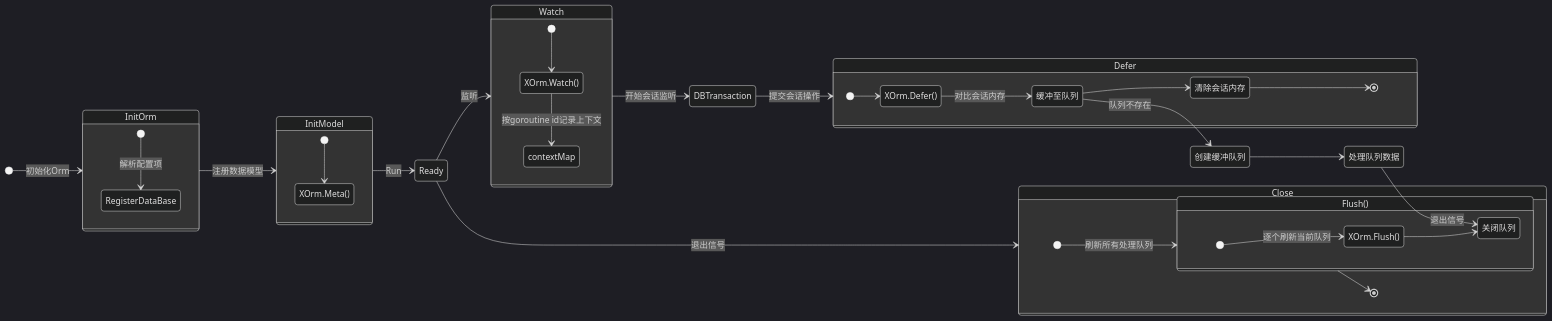
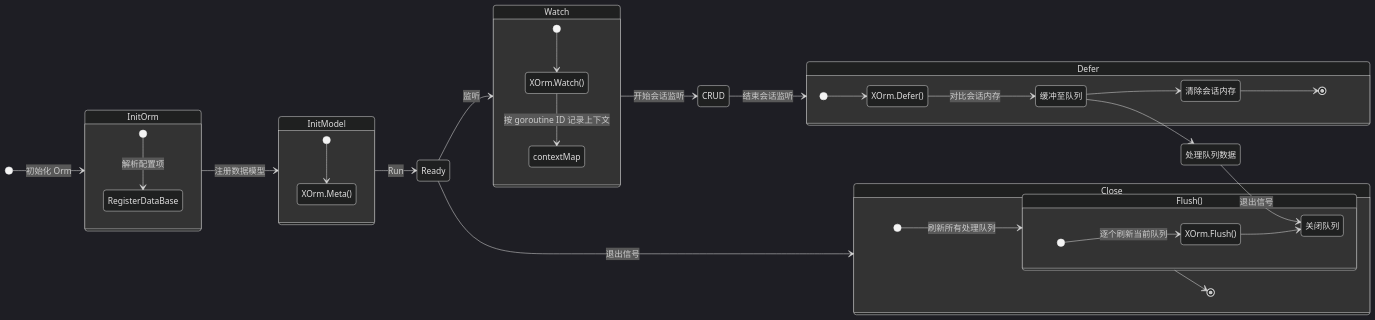
The diagram in XOrm/README.md (eframework-org/GO.CRUD), drawn with Mermaid (dark theme) before and after one commit. The commit also changed other lines of this file and 1 other file, not shown here.

Commit message:
docs: 更新 XOrm 模块文档

````diff
--- a/XOrm/README.md
+++ b/XOrm/README.md
@@ -323,45 +323,50 @@
 ```mermaid
 stateDiagram-v2
     direction LR
-    [*] --> InitOrm: 初始化Orm
+    [*] --> InitOrm: 初始化 Orm
     InitOrm --> InitModel: 注册数据模型
     InitModel --> Ready: Run
     Ready --> Watch: 监听
-    Watch --> DBTransaction: 开始会话监听
-    DBTransaction --> Defer: 提交会话操作
+    Watch --> CRUD: 开始会话监听
+    CRUD --> Defer: 结束会话监听
     Ready --> Close: 退出信号
 
     state InitOrm {
         direction TB
         [*] --> RegisterDataBase: 解析配置项
     }
+
     state InitModel {
         direction TB
         [*] --> XOrm.Meta()
     }
+
     state Watch {
         direction TB
         [*] --> XOrm.Watch()
-        XOrm.Watch() --> contextMap: 按goroutine id记录上下文
+        XOrm.Watch() --> contextMap: 按 goroutine ID 记录上下文
     }
+
     state Defer {
         direction TB
         [*] --> XOrm.Defer()
         XOrm.Defer() --> 缓冲至队列: 对比会话内存
         缓冲至队列 --> 清除会话内存
         清除会话内存 --> [*]
     }
+
+    state Flush(){
+        direction TB
+        [*] --> XOrm.Flush(): 逐个刷新当前队列
+        XOrm.Flush() --> 关闭队列
+    }
+
     state Close{
         direction TB
         [*] --> Flush(): 刷新所有处理队列
         Flush() --> [*]
     }
-    state Flush(){
-        direction TB
-        [*] --> XOrm.Flush(): 逐个刷新当前队列
-        XOrm.Flush() --> 关闭队列
-    }
-    缓冲至队列 --> 创建缓冲队列: 队列不存在
-    创建缓冲队列 --> 处理队列数据
+   
+    缓冲至队列 --> 处理队列数据
     处理队列数据 --> 关闭队列: 退出信号
 ```
````
